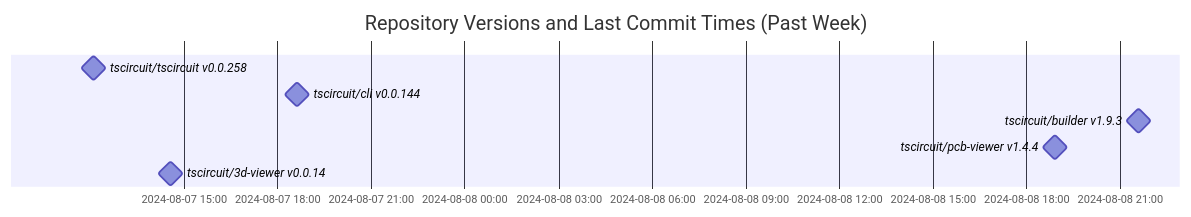
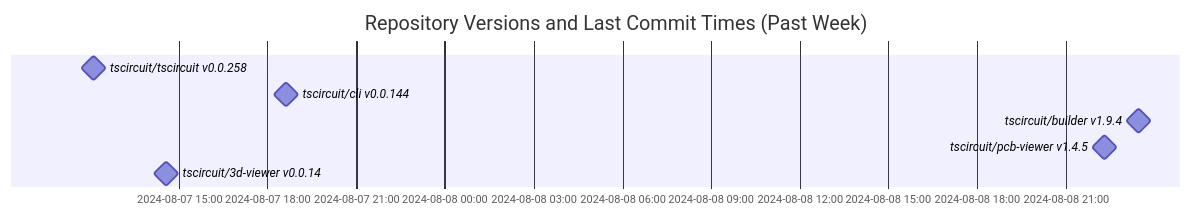
Before and after one commit to tscircuit/version-tracker: the diagram in README.md, drawn with Mermaid.

Commit message:
Update chart

````diff
--- a/README.md
+++ b/README.md
@@ -1,12 +1,12 @@
 ```mermaid
 gantt
   dateFormat  YYYY-MM-DD HH:mm:ss
   title Repository Versions and Last Commit Times (Past Week)
   axisFormat %Y-%m-%d %H:%M
 
   tscircuit/tscircuit v0.0.258 : milestone, 2024-08-07 12:06:34, 1s
   tscircuit/cli v0.0.144 : milestone, 2024-08-07 18:37:38, 1s
-  tscircuit/builder v1.9.3 : milestone, 2024-08-08 21:35:02, 1s
-  tscircuit/pcb-viewer v1.4.4 : milestone, 2024-08-08 18:54:35, 1s
+  tscircuit/builder v1.9.4 : milestone, 2024-08-08 23:28:15, 1s
+  tscircuit/pcb-viewer v1.4.5 : milestone, 2024-08-08 22:18:20, 1s
   tscircuit/3d-viewer v0.0.14 : milestone, 2024-08-07 14:34:01, 1s
 ```
````
